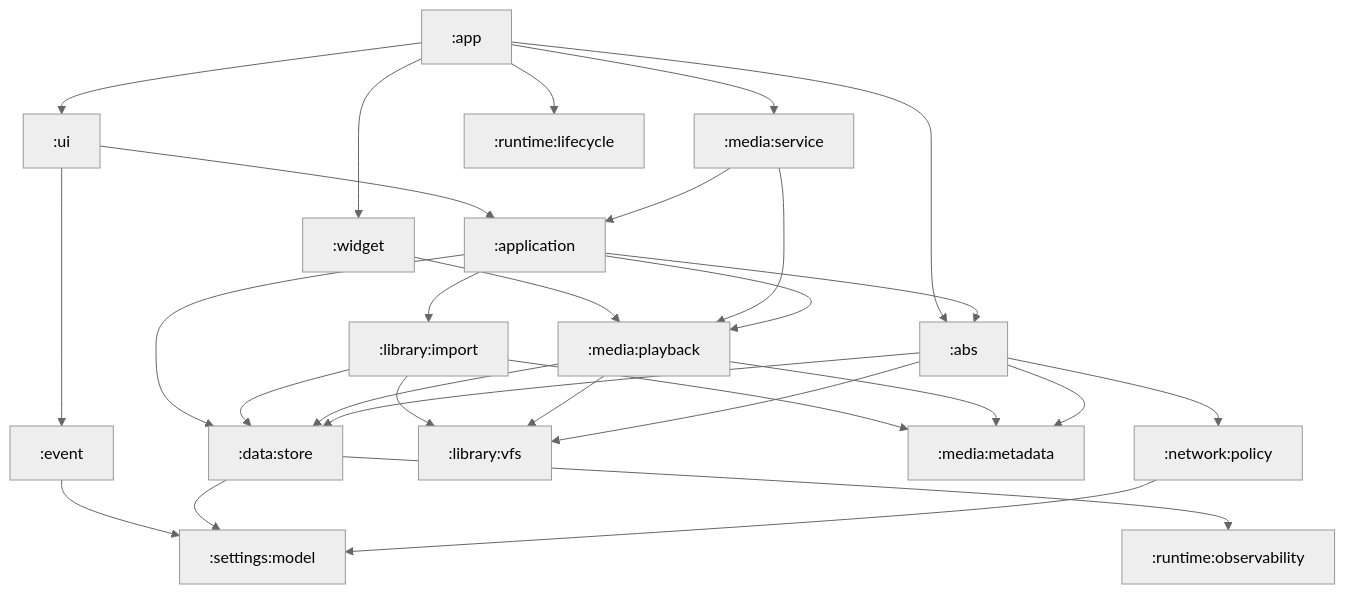
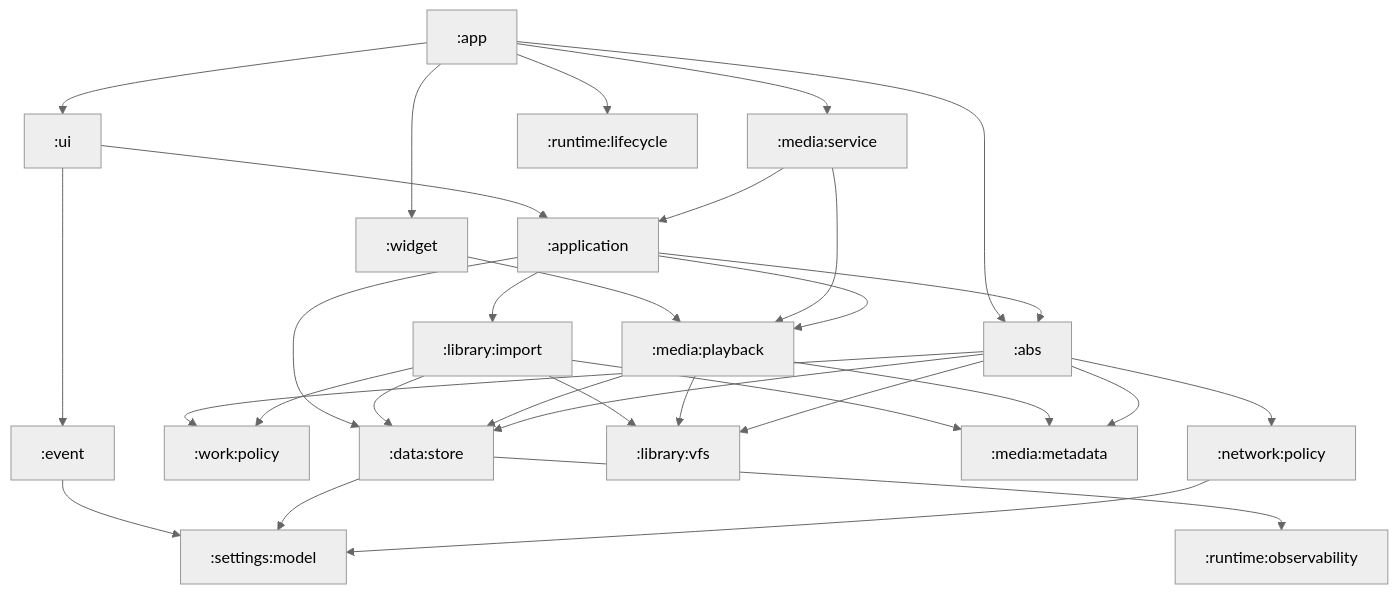
Before and after one commit to Viel0320/Oto: the diagram in docs/multi-module-domain-migration-plan.md, drawn with Mermaid (neutral theme). The commit also changed other lines of this file and 8 other files, not shown here.

Commit message:
refactor(work): extract scheduling policy module

````diff
--- a/docs/multi-module-domain-migration-plan.md
+++ b/docs/multi-module-domain-migration-plan.md
@@ -23,48 +23,51 @@
 ```mermaid
 flowchart TD
     app[":app"]
     ui[":ui"]
     widget[":widget"]
     event[":event"]
+    workPolicy[":work:policy"]
     application[":application"]
     data[":data:store"]
     libraryVfs[":library:vfs"]
     libraryImport[":library:import"]
     mediaMetadata[":media:metadata"]
     mediaPlayback[":media:playback"]
     mediaService[":media:service"]
     abs[":abs"]
     settings[":settings:model"]
     network[":network:policy"]
     lifecycle[":runtime:lifecycle"]
     observability[":runtime:observability"]
 
     app --> ui
     app --> widget
     app --> mediaService
     app --> abs
     app --> lifecycle
     ui --> application
     ui --> event
     widget --> mediaPlayback
     mediaService --> mediaPlayback
     mediaService --> application
     application --> data
     application --> libraryImport
     application --> mediaPlayback
     application --> abs
     event --> settings
     data --> settings
     data --> observability
     libraryImport --> libraryVfs
     libraryImport --> mediaMetadata
     libraryImport --> data
     mediaPlayback --> mediaMetadata
     mediaPlayback --> libraryVfs
     mediaPlayback --> data
     abs --> data
     abs --> libraryVfs
     abs --> mediaMetadata
     abs --> network
+    abs --> workPolicy
     network --> settings
+    libraryImport --> workPolicy
 ```
````
